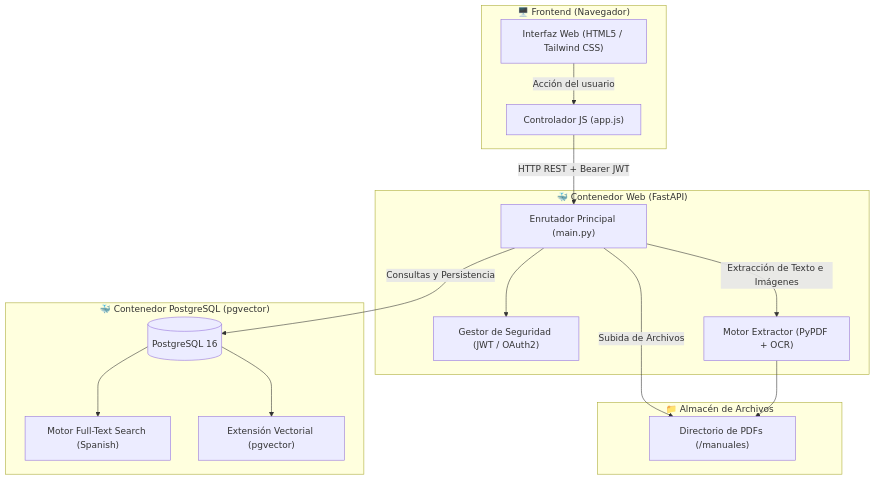
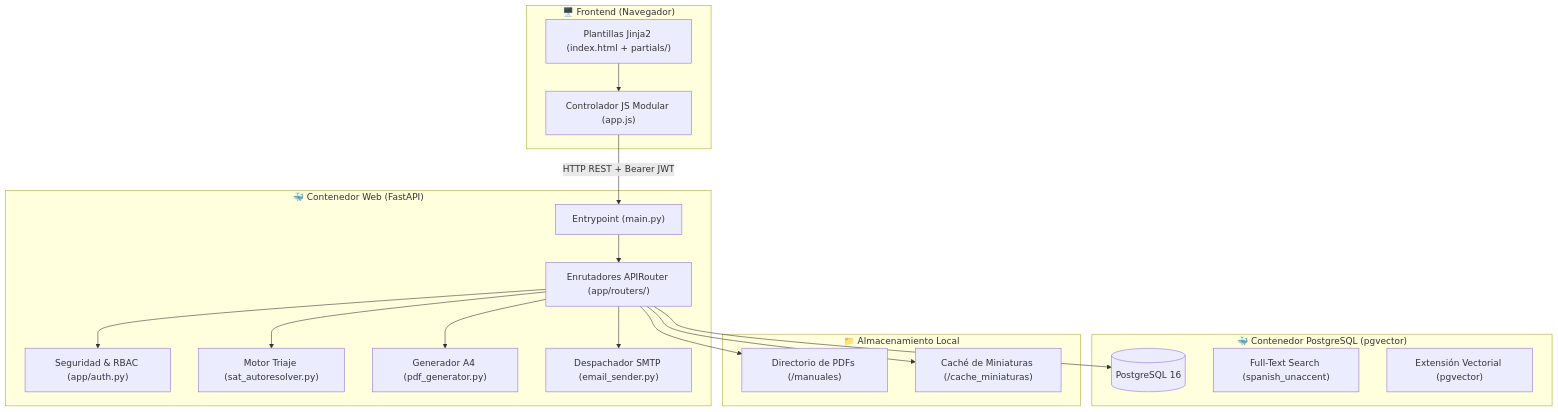
One commit to davidiotfenster-dev/buscador-manuales changed the second of 3 diagrams in DOCUMENTACION_SISTEMA.md. Above: the diagram before and after it, drawn with Mermaid. The commit also changed other lines of this file and 36 other files, not shown here.

````diff
--- a/DOCUMENTACION_SISTEMA.md
+++ b/DOCUMENTACION_SISTEMA.md
@@ -185,33 +183,38 @@
 ```mermaid
 graph TD
     subgraph Cliente ["🖥️ Frontend (Navegador)"]
-        UI["Interfaz Web (HTML5 / Tailwind CSS)"]
-        AppJS["Controlador JS (app.js)"]
+        UI["Plantillas Jinja2 (index.html + partials/)"]
+        AppJS["Controlador JS Modular (app.js)"]
     end
 
     subgraph ServidorWeb ["🐳 Contenedor Web (FastAPI)"]
-        Main["Enrutador Principal (main.py)"]
-        Auth["Gestor de Seguridad (JWT / OAuth2)"]
-        Extractor["Motor Extractor (PyPDF + OCR)"]
+        Main["Entrypoint (main.py)"]
+        Routers["Enrutadores APIRouter (app/routers/)"]
+        AuthMod["Seguridad & RBAC (app/auth.py)"]
+        SATMod["Motor Triaje (sat_autoresolver.py)"]
+        PDFMod["Generador A4 (pdf_generator.py)"]
+        EmailMod["Despachador SMTP (email_sender.py)"]
     end
 
     subgraph BaseDatos ["🐳 Contenedor PostgreSQL (pgvector)"]
         DB[(PostgreSQL 16)]
-        FTS["Motor Full-Text Search (Spanish)"]
+        FTS["Full-Text Search (spanish_unaccent)"]
         VectorExt["Extensión Vectorial (pgvector)"]
     end
 
-    subgraph Disco ["📁 Almacén de Archivos"]
+    subgraph Almacen ["📁 Almacenamiento Local"]
         ManualesDir["Directorio de PDFs (/manuales)"]
+        CacheDir["Caché de Miniaturas (/cache_miniaturas)"]
     end
 
-    UI -->|Acción del usuario| AppJS
+    UI --> AppJS
     AppJS -->|HTTP REST + Bearer JWT| Main
-    Main --> Auth
-    Main -->|Subida de Archivos| ManualesDir
-    Main -->|Extracción de Texto e Imágenes| Extractor
-    Extractor --> ManualesDir
-    Main -->|Consultas y Persistencia| DB
-    DB --> FTS
-    DB --> VectorExt
+    Main --> Routers
+    Routers --> AuthMod
+    Routers --> SATMod
+    Routers --> PDFMod
+    Routers --> EmailMod
+    Routers --> DB
+    Routers --> ManualesDir
+    Routers --> CacheDir
 ```
````
